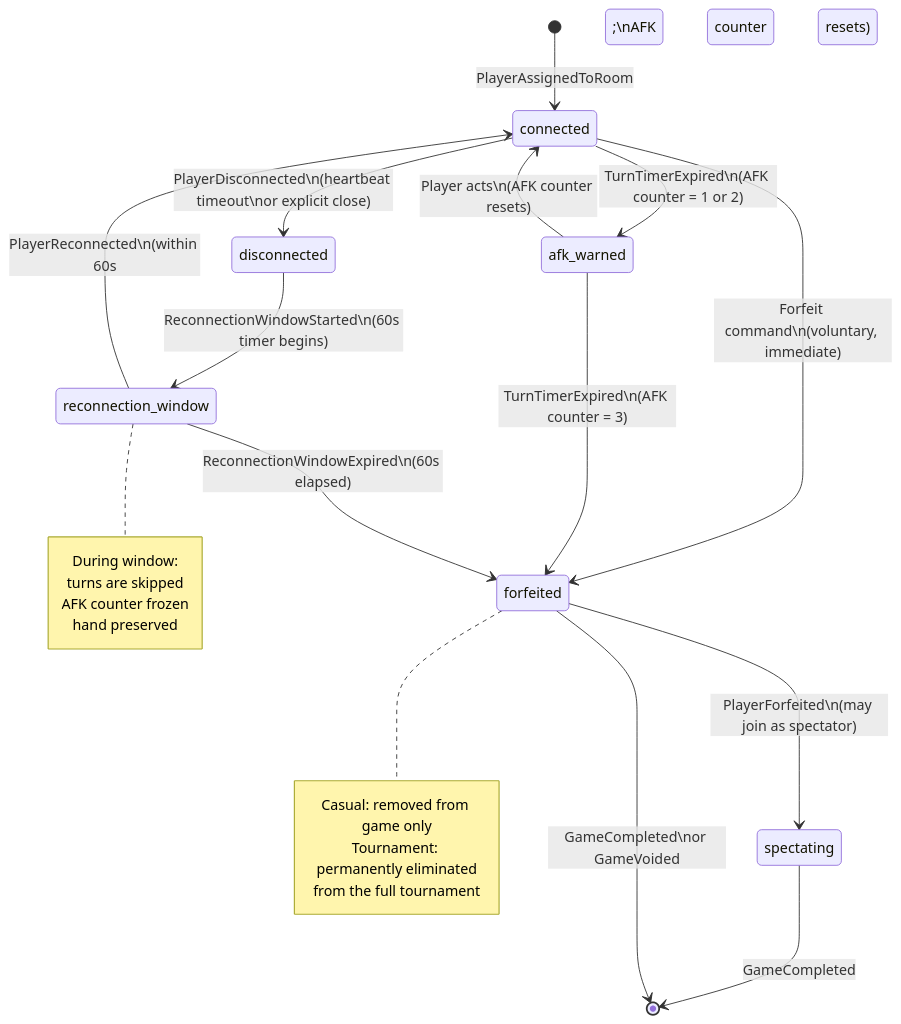
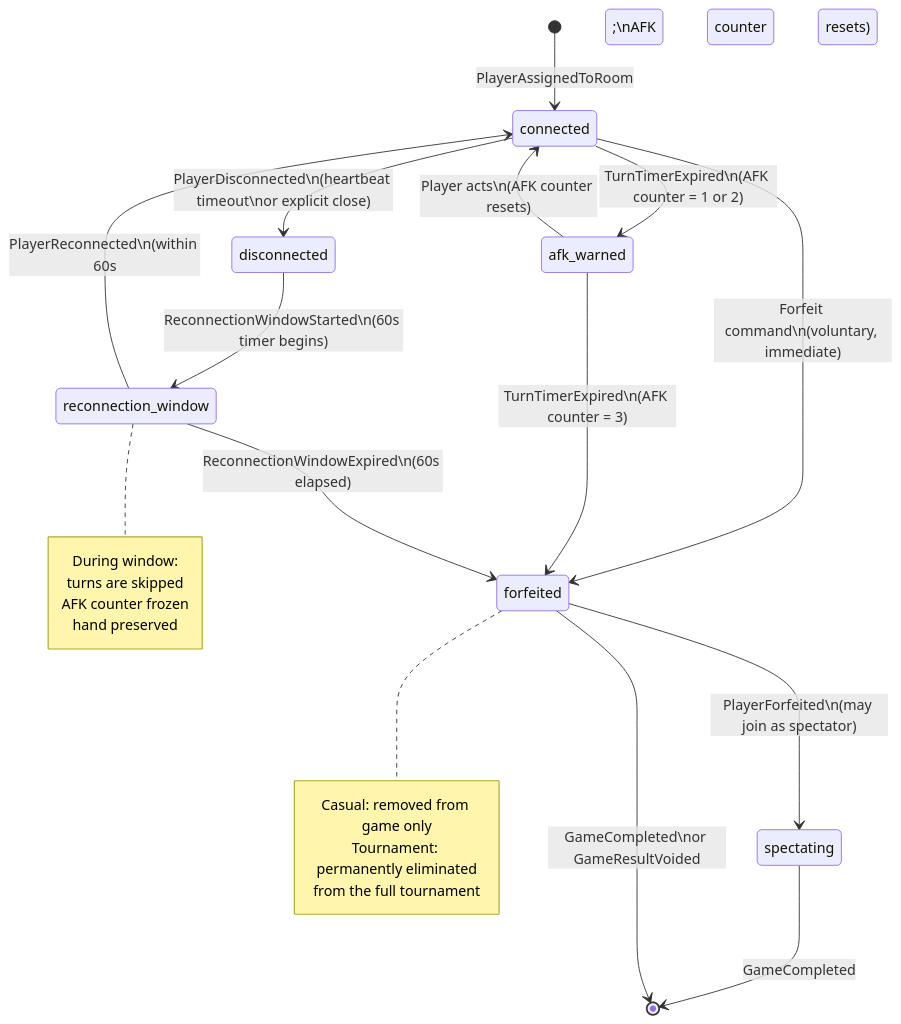
One commit to NickArancibia/UNO-system changed the third of 3 diagrams in design/ASCII_FLOW.md. Above: the diagram before and after it, drawn with Mermaid. The commit also changed other lines of this file and 8 other files, not shown here.

````diff
--- a/design/ASCII_FLOW.md
+++ b/design/ASCII_FLOW.md
@@ -327,34 +327,34 @@
 ```mermaid
 stateDiagram-v2
     [*] --> connected : PlayerAssignedToRoom
 
     connected --> disconnected : PlayerDisconnected\n(heartbeat timeout\nor explicit close)
     connected --> forfeited : Forfeit command\n(voluntary, immediate)
     connected --> afk_warned : TurnTimerExpired\n(AFK counter = 1 or 2)
 
     afk_warned --> connected : Player acts\n(AFK counter resets)
     afk_warned --> forfeited : TurnTimerExpired\n(AFK counter = 3)
 
     disconnected --> reconnection_window : ReconnectionWindowStarted\n(60s timer begins)
 
     reconnection_window --> connected : PlayerReconnected\n(within 60s;\nAFK counter resets)
     reconnection_window --> forfeited : ReconnectionWindowExpired\n(60s elapsed)
 
     forfeited --> spectating : PlayerForfeited\n(may join as spectator)
 
     spectating --> [*] : GameCompleted
-    forfeited --> [*] : GameCompleted\nor GameVoided
+    forfeited --> [*] : GameCompleted\nor GameResultVoided
 
     note right of forfeited
         Casual: removed from game only
         Tournament: permanently eliminated
         from the full tournament
     end note
 
     note right of reconnection_window
         During window:
         turns are skipped
         AFK counter frozen
         hand preserved
     end note
 ```
````
